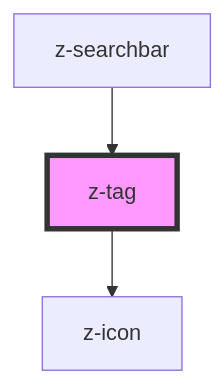
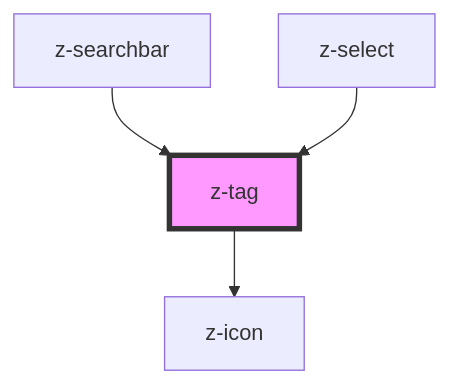
Before and after one commit to ZanichelliEditore/design-system: the diagram in src/components/z-tag/readme.md, drawn with Mermaid. The commit also changed other lines of this file and 6 other files, not shown here.

````diff
--- a/src/components/z-tag/readme.md
+++ b/src/components/z-tag/readme.md
@@ -36,6 +37,7 @@
 ```mermaid
 graph TD;
   z-tag --> z-icon
   z-searchbar --> z-tag
+  z-select --> z-tag
   style z-tag fill:#f9f,stroke:#333,stroke-width:4px
 ```
````
